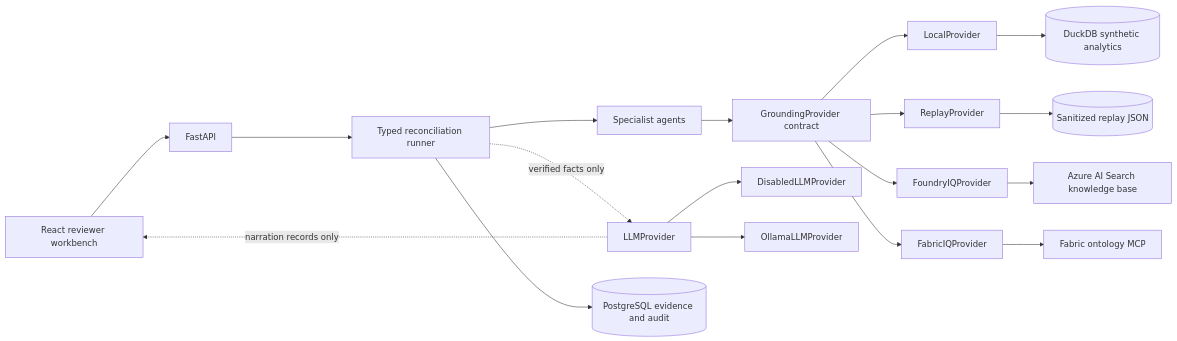
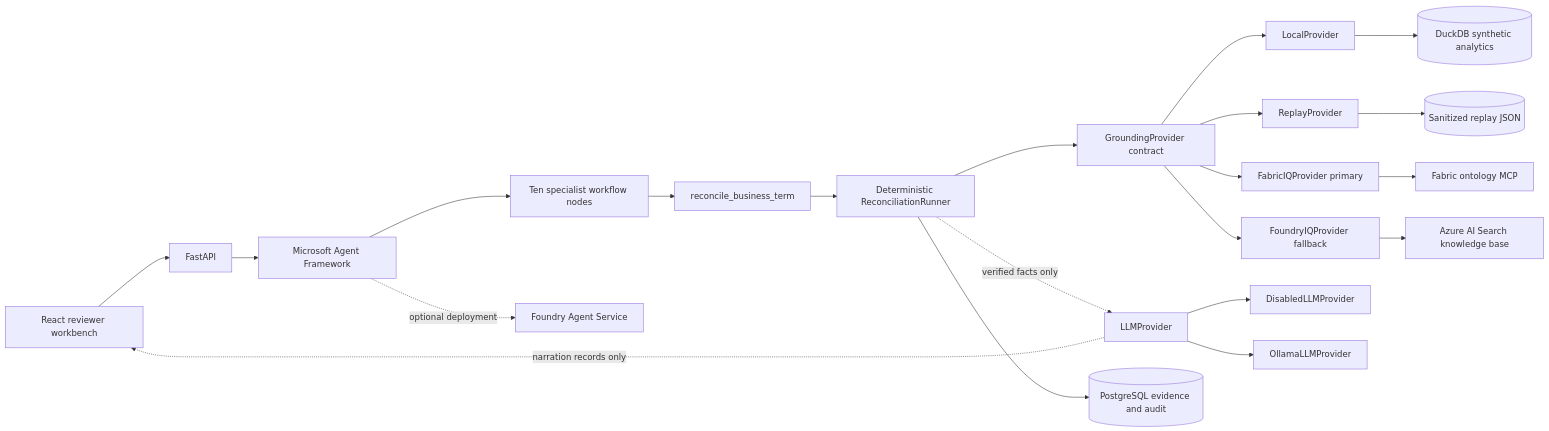
The first of 2 diagrams in docs/architecture.md (karimbaidar/concordIQ), drawn with Mermaid before and after one commit. The commit also changed other lines of this file and 20 other files, not shown here.

Commit message:
feat: add Microsoft Agent Framework orchestration

````diff
--- a/docs/architecture.md
+++ b/docs/architecture.md
@@ -10,20 +10,23 @@
 ```mermaid
 flowchart LR
     UI["React reviewer workbench"] --> API["FastAPI"]
-    API --> RUNNER["Typed reconciliation runner"]
-    RUNNER --> AGENTS["Specialist agents"]
-    AGENTS --> PROVIDER["GroundingProvider contract"]
+    API --> MAF["Microsoft Agent Framework"]
+    MAF --> NODES["Ten specialist workflow nodes"]
+    NODES --> TOOL["reconcile_business_term"]
+    TOOL --> RUNNER["Deterministic ReconciliationRunner"]
+    RUNNER --> PROVIDER["GroundingProvider contract"]
     PROVIDER --> LOCAL["LocalProvider"]
     PROVIDER --> REPLAY["ReplayProvider"]
-    PROVIDER --> FOUNDRY["FoundryIQProvider"]
-    PROVIDER --> FABRIC["FabricIQProvider"]
+    PROVIDER --> FABRIC["FabricIQProvider primary"]
+    PROVIDER --> FOUNDRY["FoundryIQProvider fallback"]
     LOCAL --> DUCKDB[("DuckDB synthetic analytics")]
     REPLAY --> ARTIFACT[("Sanitized replay JSON")]
     FOUNDRY --> SEARCH["Azure AI Search knowledge base"]
     FABRIC --> ONTOLOGY["Fabric ontology MCP"]
     RUNNER -. "verified facts only" .-> LLM["LLMProvider"]
     LLM --> DISABLED["DisabledLLMProvider"]
     LLM --> OLLAMA["OllamaLLMProvider"]
     LLM -. "narration records only" .-> UI
     RUNNER --> POSTGRES[("PostgreSQL evidence and audit")]
+    MAF -. "optional deployment" .-> HOST["Foundry Agent Service"]
 ```
````
